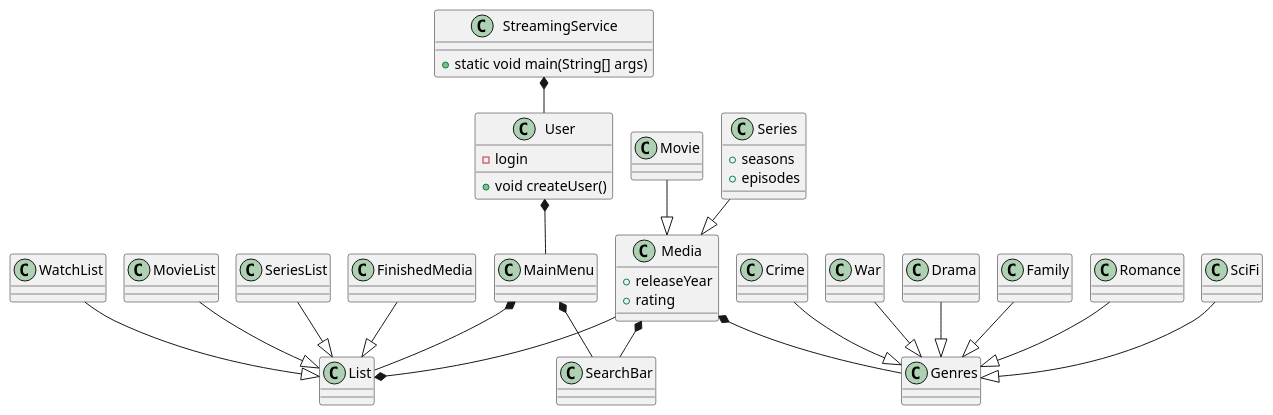
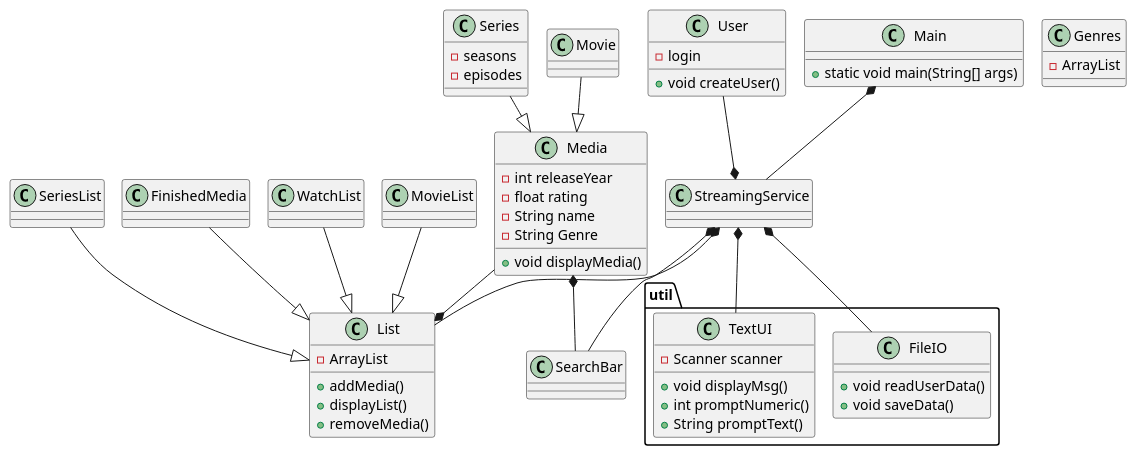
Before and after one commit to Bojuuh/SP3: the diagram in doc/ClassDiagramV01.puml, drawn with PlantUML. The commit also changed 1 other file, not shown here.

Commit message:
Added ClassDiagram and DomainModel v.01.2

```diff
--- a/doc/ClassDiagramV01.puml
+++ b/doc/ClassDiagramV01.puml
@@ -1,68 +1,91 @@
 @startuml
 'https://plantuml.com/sequence-diagram
 !pragma layout smetana
 
 class User{
 - login
 + void createUser()
 }
 
-class StreamingService{
+class Main{
 
 + static void main(String[] args)
 }
 
-class MainMenu{
+class StreamingService{
+
+
 
 }
 
 class List{
 
+- ArrayList
++ addMedia()
++ displayList()
++ removeMedia()
+
+
 }
 
+package "util" {
+
+class FileIO{
++ void readUserData()
++ void saveData()
+
+}
+class TextUI{
+- Scanner scanner
++ void displayMsg()
++ int promptNumeric()
++ String promptText()
+
+}
+}
 
 class Media{
 
-+ releaseYear
-+ rating
+- int releaseYear
+- float rating
+- String name
+- String Genre
++ void displayMedia()
+
 
 }
 
 class Genres{
-
+- ArrayList
 
 
 }
 
 class Series{
 
-+ seasons
-+ episodes
+- seasons
+- episodes
 
 }
 
 
 Movie --|> Media
 Series --|> Media
 
-Media *-- Genres
-Crime --|> Genres
-War --|> Genres
-Drama --|> Genres
-Family --|> Genres
-Romance --|> Genres
-SciFi --|> Genres
+
 
 WatchList --|> List
 MovieList --|> List
 SeriesList --|> List
 FinishedMedia --|> List
 
-StreamingService *-- User
-User *-- MainMenu
-MainMenu *-- List
-MainMenu *-- SearchBar
+Main *-- StreamingService
+User --* StreamingService
+StreamingService *-- List
+StreamingService *-- SearchBar
 Media --* List
 
 Media *-- SearchBar
+StreamingService *-- TextUI
+StreamingService *-- FileIO
 @enduml
```
